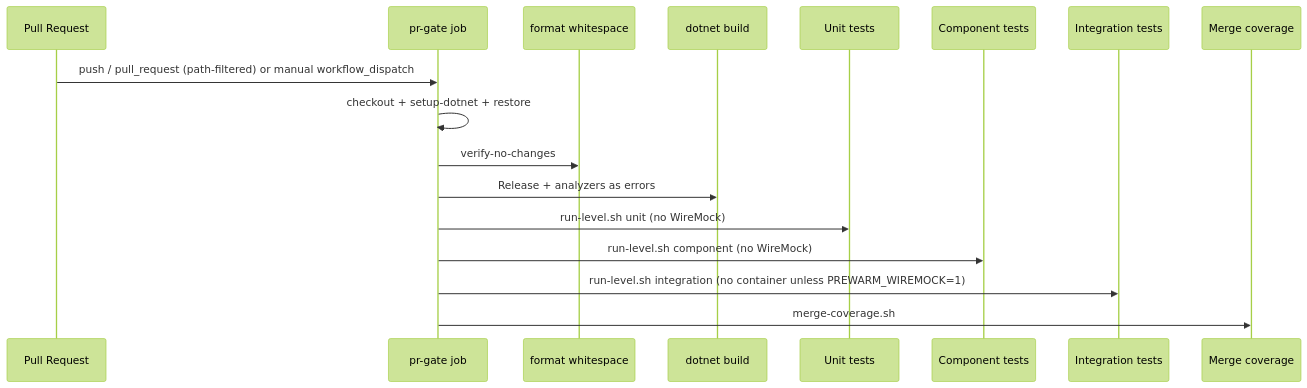
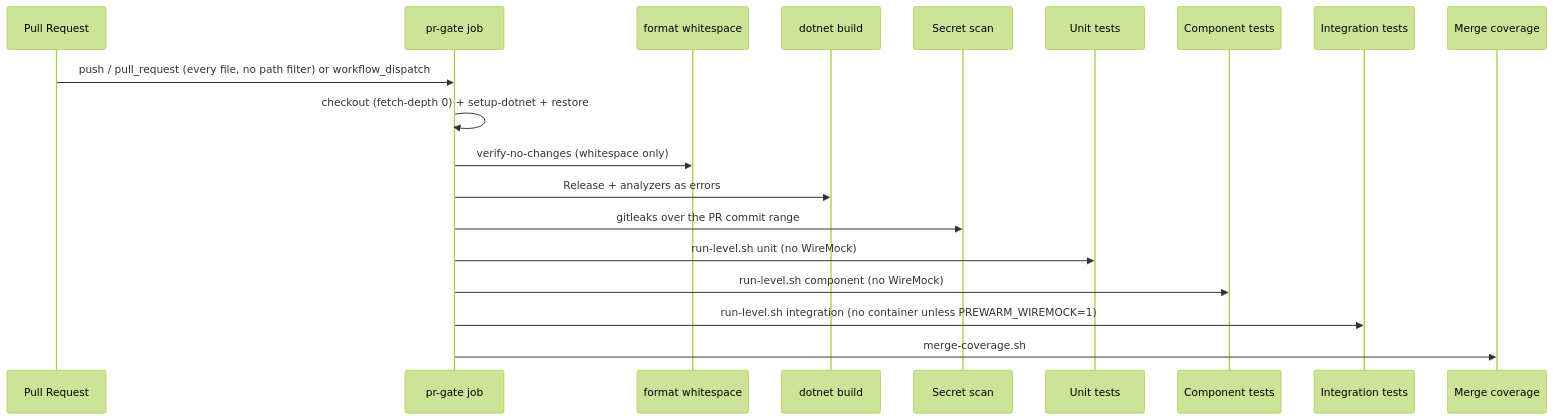
The first of 2 diagrams in .github/CI_AGENTS.md (generic-automation-and-it/smooth-ai-stockanalysis), drawn with Mermaid (forest theme) before and after one commit. The commit also changed other lines of this file and 19 other files, not shown here.

First line of the commit message:
ci[10]: verify the ai review gate end to end and close the ci story (#273)

````diff
--- a/.github/CI_AGENTS.md
+++ b/.github/CI_AGENTS.md
@@ -30,20 +31,22 @@
 ```mermaid
 sequenceDiagram
     participant PR as Pull Request
     participant Gate as pr-gate job
     participant Format as format whitespace
     participant Build as dotnet build
+    participant Scan as Secret scan
     participant Unit as Unit tests
     participant Comp as Component tests
     participant Integ as Integration tests
     participant Cov as Merge coverage
 
-    PR->>Gate: push / pull_request (path-filtered) or manual workflow_dispatch
-    Gate->>Gate: checkout + setup-dotnet + restore
-    Gate->>Format: verify-no-changes
+    PR->>Gate: push / pull_request (every file, no path filter) or workflow_dispatch
+    Gate->>Gate: checkout (fetch-depth 0) + setup-dotnet + restore
+    Gate->>Format: verify-no-changes (whitespace only)
     Gate->>Build: Release + analyzers as errors
+    Gate->>Scan: gitleaks over the PR commit range
     Gate->>Unit: run-level.sh unit (no WireMock)
     Gate->>Comp: run-level.sh component (no WireMock)
     Gate->>Integ: run-level.sh integration (no container unless PREWARM_WIREMOCK=1)
     Gate->>Cov: merge-coverage.sh
 ```
````
